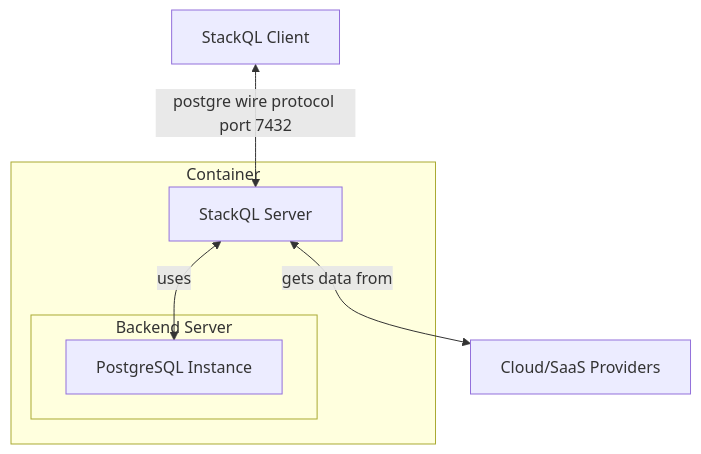
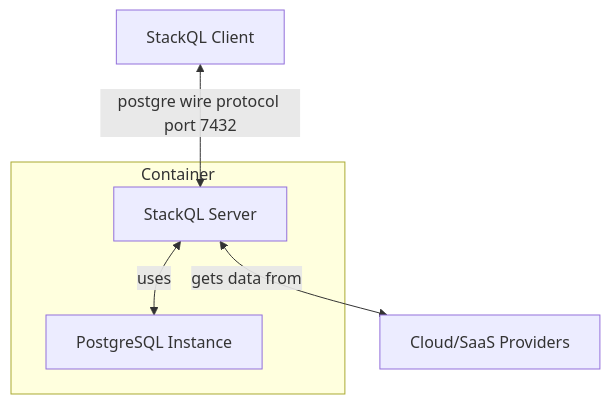
The diagram in README.md (stackql/stackql-server), drawn with Mermaid before and after one commit.

````diff
--- a/README.md
+++ b/README.md
@@ -10,12 +10,10 @@
 ```mermaid
 graph TD;
     subgraph Container;
         B[StackQL Server];
-        subgraph Backend Server;
-            C[PostgreSQL Instance];
-        end;
+        C[PostgreSQL Instance];
     end;
     A[StackQL Client] <-- postgre wire protocol port 7432 --> B;
     B <-- gets data from --> E[Cloud/SaaS Providers];
     B <-- uses --> C;
 ```
````
